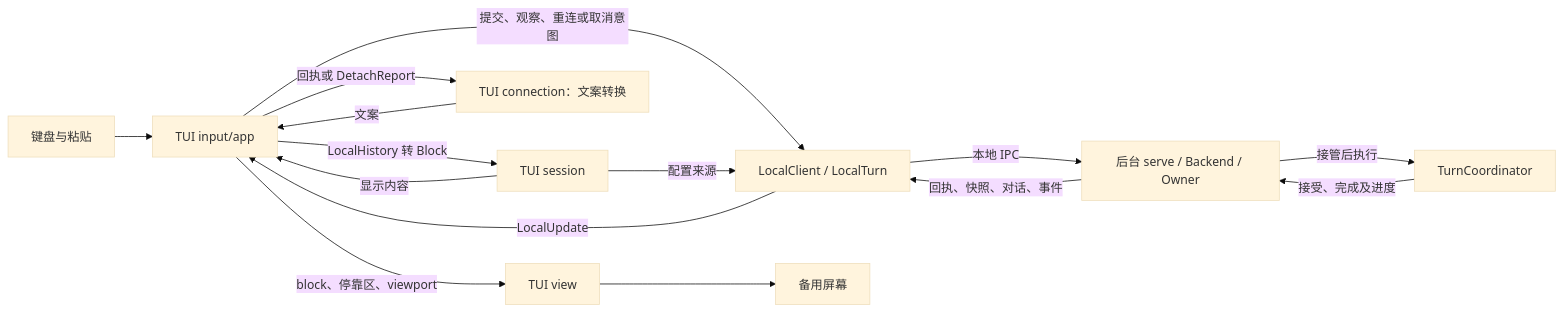
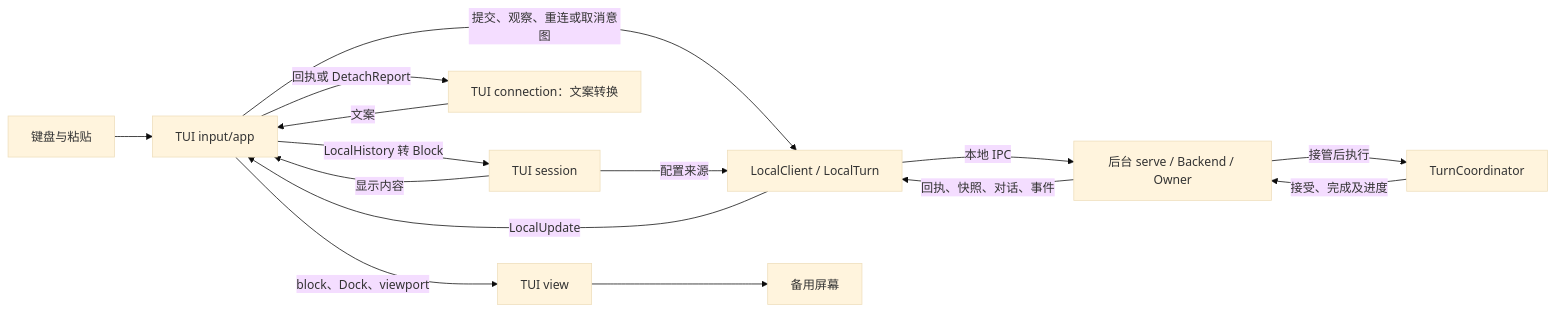
The diagram in docs/architecture/tui.md (Skyline10124/lattice), drawn with Mermaid (base theme) before and after one commit. The commit also changed other lines of this file and 2 other files, not shown here.

First line of the commit message:
docs(tui): 在 R2 现行合同上修订 Markdown、Dock、statusline、浏览光标、评论与排队

````diff
--- a/docs/architecture/tui.md
+++ b/docs/architecture/tui.md
@@ -53,17 +56,17 @@
 ```mermaid
 flowchart LR
     K["键盘与粘贴"] --> A["TUI input/app"]
     A -->|提交、观察、重连或取消意图| L["LocalClient / LocalTurn"]
     S["TUI session"] -->|配置来源| L
     L -->|本地 IPC| B["后台 serve / Backend / Owner"]
     B -->|接管后执行| E["TurnCoordinator"]
     E -->|接受、完成及进度| B
     B -->|回执、快照、对话、事件| L
     L -->|LocalUpdate| A
     A -->|LocalHistory 转 Block| S
     S -->|显示内容| A
     A -->|回执或 DetachReport| C["TUI connection：文案转换"]
     C -->|文案| A
-    A -->|block、停靠区、viewport| V["TUI view"]
+    A -->|block、Dock、viewport| V["TUI view"]
     V --> T["备用屏幕"]
 ```
````
